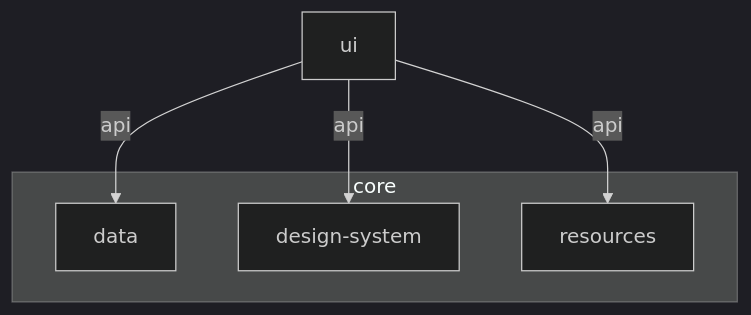
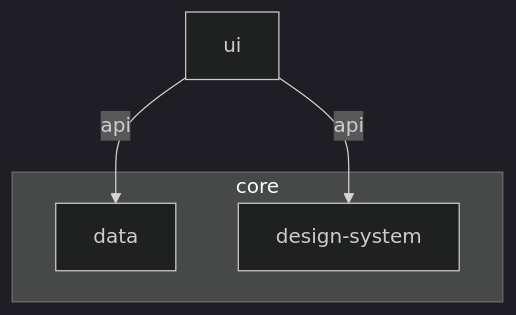
Before and after one commit to Dussim/cv-app: the diagram in core/ui/README.md, drawn with Mermaid. The commit also changed 50 other files, not shown here.

````diff
--- a/core/ui/README.md
+++ b/core/ui/README.md
@@ -3,18 +3,16 @@
 ```mermaid
 %%{
   init: {
     'theme': 'dark'
   }
 }%%
 
 graph TB
   subgraph core
     data
     design-system
-    resources
   end
   ui -- api --> data
   ui -- api --> design-system
-  ui -- api --> resources
 
 ```
````
